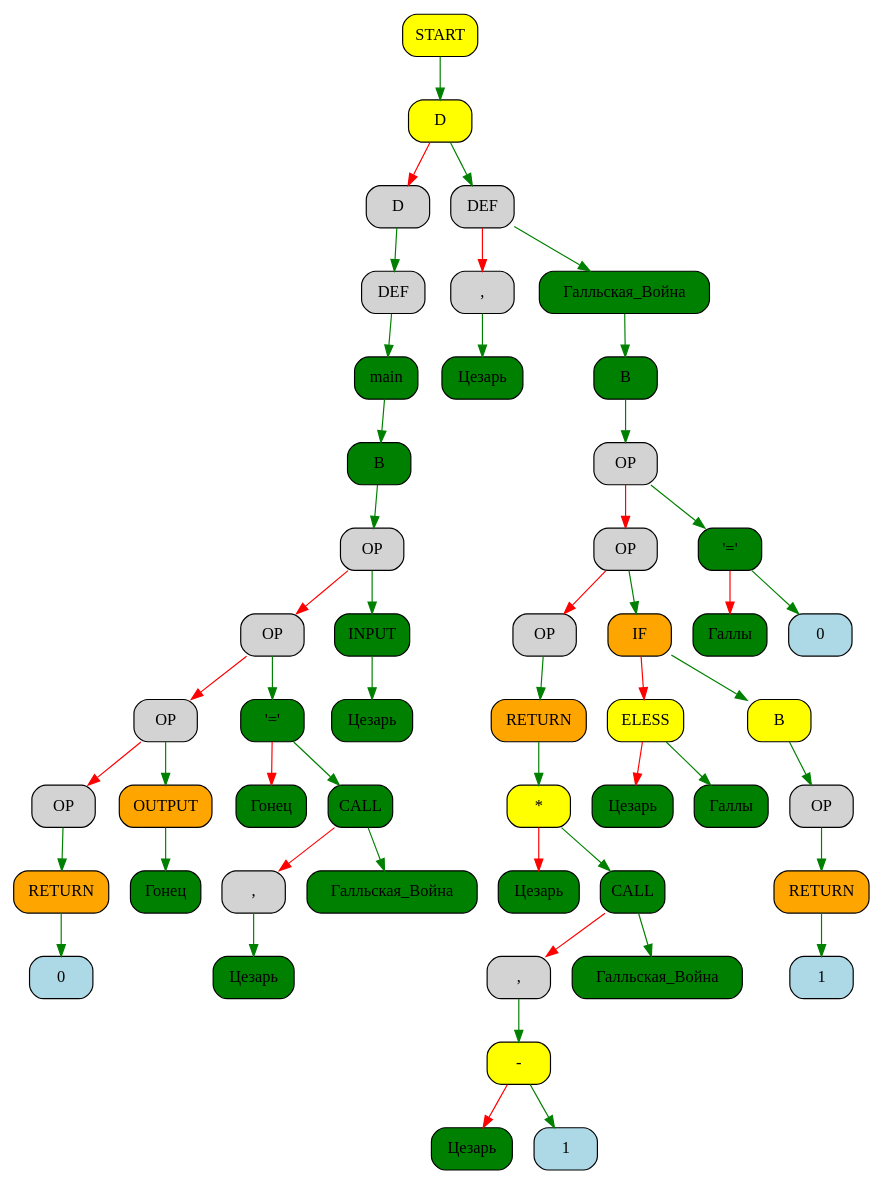
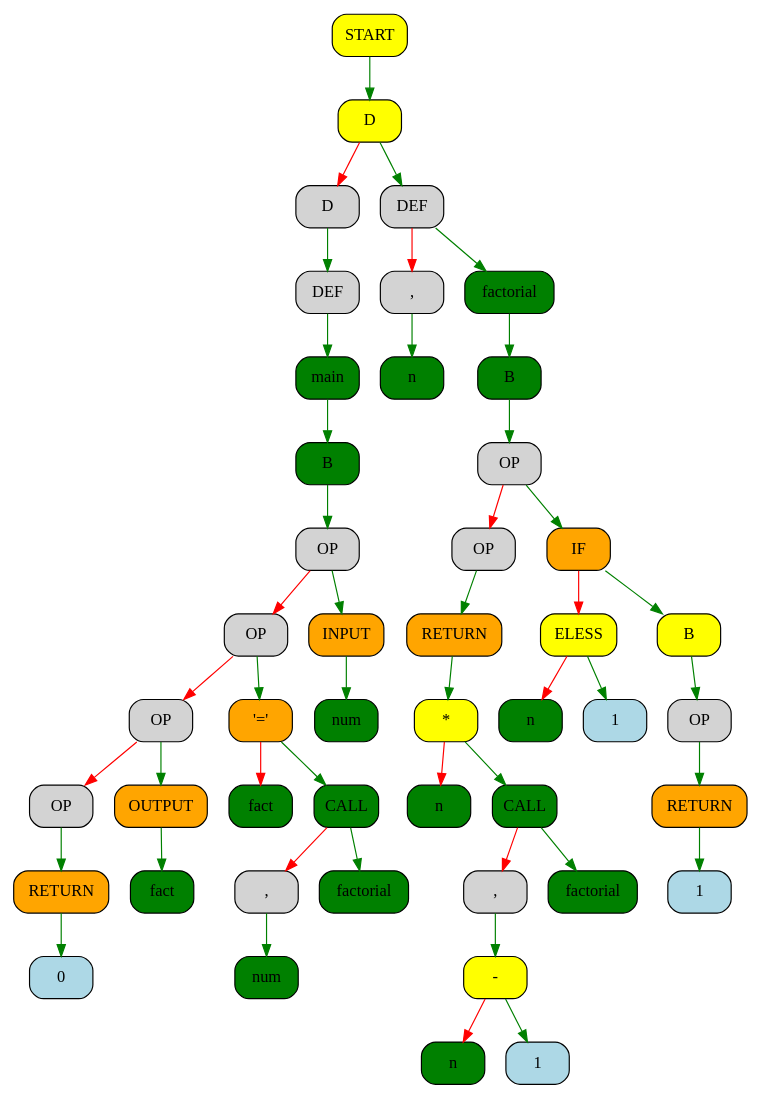
Before and after one commit to kostya2709/New_Roman: the diagram in equation_print.gv, drawn with Graphviz. The commit also changed 23 other files, not shown here.

```diff
--- a/equation_print.gv
+++ b/equation_print.gv
@@ -1,102 +1,94 @@
 digraph First{
 node [shape="Mrecord", style="filled", fillcolor="lightblue"];
-"boxb548dc90" [fillcolor="yellow",label="START"];
-"boxb548e4f0" [fillcolor="yellow",label="D"];
-"boxb548dc90" -> "boxb548e4f0"[color="green"];
-"boxb548ed50" [fillcolor="",label="D"];
-"boxb548e4f0" -> "boxb548ed50"[color="red"];
-"boxb548f5b0" [fillcolor="",label="DEF"];
-"boxb548ed50" -> "boxb548f5b0"[color="green"];
-"boxb548fe10" [fillcolor="green",label="main"];
-"boxb548f5b0" -> "boxb548fe10"[color="green"];
-"boxb5490260" [fillcolor="green",label="B"];
-"boxb548fe10" -> "boxb5490260"[color="green"];
-"boxb54906b0" [fillcolor="",label="OP"];
-"boxb5490260" -> "boxb54906b0"[color="green"];
-"boxb5490b00" [fillcolor="",label="OP"];
-"boxb54906b0" -> "boxb5490b00"[color="red"];
-"boxb5490f50" [fillcolor="",label="OP"];
-"boxb5490b00" -> "boxb5490f50"[color="red"];
-"boxb54913a0" [fillcolor="",label="OP"];
-"boxb5490f50" -> "boxb54913a0"[color="red"];
-"boxb54917f0" [fillcolor="orange",label="RETURN"];
-"boxb54913a0" -> "boxb54917f0"[color="green"];
-"boxb5491c40" [label="0"];
-"boxb54917f0" -> "boxb5491c40"[color="green"];
-"boxb54924a0" [fillcolor="orange",label="OUTPUT"];
-"boxb5490f50" -> "boxb54924a0"[color="green"];
-"boxb54928f0" [fillcolor="green",label="Гонец"];
-"boxb54924a0" -> "boxb54928f0"[color="green"];
-"boxb5493150" [fillcolor="green",label="'='"];
-"boxb5490b00" -> "boxb5493150"[color="green"];
-"boxb54935a0" [fillcolor="green",label="Гонец"];
-"boxb5493150" -> "boxb54935a0"[color="red"];
-"boxb5493e00" [fillcolor="green",label="CALL"];
-"boxb5493150" -> "boxb5493e00"[color="green"];
-"boxb5494250" [fillcolor="",label=","];
-"boxb5493e00" -> "boxb5494250"[color="red"];
-"boxb54946a0" [fillcolor="green",label="Цезарь"];
-"boxb5494250" -> "boxb54946a0"[color="green"];
-"boxb5494f00" [fillcolor="green",label="Галльская_Война"];
-"boxb5493e00" -> "boxb5494f00"[color="green"];
-"boxb5495350" [fillcolor="green",label="INPUT"];
-"boxb54906b0" -> "boxb5495350"[color="green"];
-"boxb54957a0" [fillcolor="green",label="Цезарь"];
-"boxb5495350" -> "boxb54957a0"[color="green"];
-"boxb5496000" [fillcolor="",label="DEF"];
-"boxb548e4f0" -> "boxb5496000"[color="green"];
-"boxb5496450" [fillcolor="",label=","];
-"boxb5496000" -> "boxb5496450"[color="red"];
-"boxb54968a0" [fillcolor="green",label="Цезарь"];
-"boxb5496450" -> "boxb54968a0"[color="green"];
-"boxb5497100" [fillcolor="green",label="Галльская_Война"];
-"boxb5496000" -> "boxb5497100"[color="green"];
-"boxb5497550" [fillcolor="green",label="B"];
-"boxb5497100" -> "boxb5497550"[color="green"];
-"boxb54979a0" [fillcolor="",label="OP"];
-"boxb5497550" -> "boxb54979a0"[color="green"];
-"boxb5497df0" [fillcolor="",label="OP"];
-"boxb54979a0" -> "boxb5497df0"[color="red"];
-"boxb5498240" [fillcolor="",label="OP"];
-"boxb5497df0" -> "boxb5498240"[color="red"];
-"boxb5498690" [fillcolor="orange",label="RETURN"];
-"boxb5498240" -> "boxb5498690"[color="green"];
-"boxb5498ae0" [fillcolor="yellow",label="*"];
-"boxb5498690" -> "boxb5498ae0"[color="green"];
-"boxb5498f30" [fillcolor="green",label="Цезарь"];
-"boxb5498ae0" -> "boxb5498f30"[color="red"];
-"boxb5499790" [fillcolor="green",label="CALL"];
-"boxb5498ae0" -> "boxb5499790"[color="green"];
-"boxb5499be0" [fillcolor="",label=","];
-"boxb5499790" -> "boxb5499be0"[color="red"];
-"boxb549a030" [fillcolor="yellow",label="-"];
-"boxb5499be0" -> "boxb549a030"[color="green"];
-"boxb549a480" [fillcolor="green",label="Цезарь"];
-"boxb549a030" -> "boxb549a480"[color="red"];
-"boxb549ace0" [label="1"];
-"boxb549a030" -> "boxb549ace0"[color="green"];
-"boxb549b540" [fillcolor="green",label="Галльская_Война"];
-"boxb5499790" -> "boxb549b540"[color="green"];
-"boxb549b990" [fillcolor="orange",label="IF"];
-"boxb5497df0" -> "boxb549b990"[color="green"];
-"boxb549bde0" [fillcolor="yellow",label="ELESS"];
-"boxb549b990" -> "boxb549bde0"[color="red"];
-"boxb549c230" [fillcolor="green",label="Цезарь"];
-"boxb549bde0" -> "boxb549c230"[color="red"];
-"boxb549ca90" [fillcolor="green",label="Галлы"];
-"boxb549bde0" -> "boxb549ca90"[color="green"];
-"boxb549d2f0" [fillcolor="yellow",label="B"];
-"boxb549b990" -> "boxb549d2f0"[color="green"];
-"boxb549d740" [fillcolor="",label="OP"];
-"boxb549d2f0" -> "boxb549d740"[color="green"];
-"boxb549db90" [fillcolor="orange",label="RETURN"];
-"boxb549d740" -> "boxb549db90"[color="green"];
-"boxb549dfe0" [label="1"];
-"boxb549db90" -> "boxb549dfe0"[color="green"];
-"boxb549e840" [fillcolor="green",label="'='"];
-"boxb54979a0" -> "boxb549e840"[color="green"];
-"boxb549ec90" [fillcolor="green",label="Галлы"];
-"boxb549e840" -> "boxb549ec90"[color="red"];
-"boxb549f4f0" [label="0"];
-"boxb549e840" -> "boxb549f4f0"[color="green"];
+"box1c5c2550" [fillcolor="yellow",label="START"];
+"box1c5c35d0" [fillcolor="yellow",label="D"];
+"box1c5c2550" -> "box1c5c35d0"[color="green"];
+"box1c5c4240" [fillcolor="",label="D"];
+"box1c5c35d0" -> "box1c5c4240"[color="red"];
+"box1c5c4aa0" [fillcolor="",label="DEF"];
+"box1c5c4240" -> "box1c5c4aa0"[color="green"];
+"box1c5c5300" [fillcolor="green",label="main"];
+"box1c5c4aa0" -> "box1c5c5300"[color="green"];
+"box1c5c5b60" [fillcolor="green",label="B"];
+"box1c5c5300" -> "box1c5c5b60"[color="green"];
+"box1c5c63c0" [fillcolor="",label="OP"];
+"box1c5c5b60" -> "box1c5c63c0"[color="green"];
+"box1c5c6810" [fillcolor="",label="OP"];
+"box1c5c63c0" -> "box1c5c6810"[color="red"];
+"box1c5c6c60" [fillcolor="",label="OP"];
+"box1c5c6810" -> "box1c5c6c60"[color="red"];
+"box1c5c70b0" [fillcolor="",label="OP"];
+"box1c5c6c60" -> "box1c5c70b0"[color="red"];
+"box1c5c7910" [fillcolor="orange",label="RETURN"];
+"box1c5c70b0" -> "box1c5c7910"[color="green"];
+"box1c5c8170" [label="0"];
+"box1c5c7910" -> "box1c5c8170"[color="green"];
+"box1c5c9600" [fillcolor="orange",label="OUTPUT"];
+"box1c5c6c60" -> "box1c5c9600"[color="green"];
+"box1c5c9e60" [fillcolor="green",label="fact"];
+"box1c5c9600" -> "box1c5c9e60"[color="green"];
+"box1c5cb2f0" [fillcolor="orange",label="'='"];
+"box1c5c6810" -> "box1c5cb2f0"[color="green"];
+"box1c5cb740" [fillcolor="green",label="fact"];
+"box1c5cb2f0" -> "box1c5cb740"[color="red"];
+"box1c5ccbd0" [fillcolor="green",label="CALL"];
+"box1c5cb2f0" -> "box1c5ccbd0"[color="green"];
+"box1c5cd020" [fillcolor="",label=","];
+"box1c5ccbd0" -> "box1c5cd020"[color="red"];
+"box1c5cd880" [fillcolor="green",label="num"];
+"box1c5cd020" -> "box1c5cd880"[color="green"];
+"box1c5ced10" [fillcolor="green",label="factorial"];
+"box1c5ccbd0" -> "box1c5ced10"[color="green"];
+"box1c5cf980" [fillcolor="orange",label="INPUT"];
+"box1c5c63c0" -> "box1c5cf980"[color="green"];
+"box1c5d01e0" [fillcolor="green",label="num"];
+"box1c5cf980" -> "box1c5d01e0"[color="green"];
+"box1c5d1670" [fillcolor="",label="DEF"];
+"box1c5c35d0" -> "box1c5d1670"[color="green"];
+"box1c5d1ac0" [fillcolor="",label=","];
+"box1c5d1670" -> "box1c5d1ac0"[color="red"];
+"box1c5d2320" [fillcolor="green",label="n"];
+"box1c5d1ac0" -> "box1c5d2320"[color="green"];
+"box1c5d37b0" [fillcolor="green",label="factorial"];
+"box1c5d1670" -> "box1c5d37b0"[color="green"];
+"box1c5d4010" [fillcolor="green",label="B"];
+"box1c5d37b0" -> "box1c5d4010"[color="green"];
+"box1c5d4870" [fillcolor="",label="OP"];
+"box1c5d4010" -> "box1c5d4870"[color="green"];
+"box1c5d4cc0" [fillcolor="",label="OP"];
+"box1c5d4870" -> "box1c5d4cc0"[color="red"];
+"box1c5d5520" [fillcolor="orange",label="RETURN"];
+"box1c5d4cc0" -> "box1c5d5520"[color="green"];
+"box1c5d5d80" [fillcolor="yellow",label="*"];
+"box1c5d5520" -> "box1c5d5d80"[color="green"];
+"box1c5d61d0" [fillcolor="green",label="n"];
+"box1c5d5d80" -> "box1c5d61d0"[color="red"];
+"box1c5d7660" [fillcolor="green",label="CALL"];
+"box1c5d5d80" -> "box1c5d7660"[color="green"];
+"box1c5d7ab0" [fillcolor="",label=","];
+"box1c5d7660" -> "box1c5d7ab0"[color="red"];
+"box1c5d8310" [fillcolor="yellow",label="-"];
+"box1c5d7ab0" -> "box1c5d8310"[color="green"];
+"box1c5d8760" [fillcolor="green",label="n"];
+"box1c5d8310" -> "box1c5d8760"[color="red"];
+"box1c5d9bf0" [label="1"];
+"box1c5d8310" -> "box1c5d9bf0"[color="green"];
+"box1c5db080" [fillcolor="green",label="factorial"];
+"box1c5d7660" -> "box1c5db080"[color="green"];
+"box1c5dbcf0" [fillcolor="orange",label="IF"];
+"box1c5d4870" -> "box1c5dbcf0"[color="green"];
+"box1c5dc140" [fillcolor="yellow",label="ELESS"];
+"box1c5dbcf0" -> "box1c5dc140"[color="red"];
+"box1c5dc590" [fillcolor="green",label="n"];
+"box1c5dc140" -> "box1c5dc590"[color="red"];
+"box1c5dda20" [label="1"];
+"box1c5dc140" -> "box1c5dda20"[color="green"];
+"box1c5deeb0" [fillcolor="yellow",label="B"];
+"box1c5dbcf0" -> "box1c5deeb0"[color="green"];
+"box1c5df710" [fillcolor="",label="OP"];
+"box1c5deeb0" -> "box1c5df710"[color="green"];
+"box1c5dff70" [fillcolor="orange",label="RETURN"];
+"box1c5df710" -> "box1c5dff70"[color="green"];
+"box1c5e07d0" [label="1"];
+"box1c5dff70" -> "box1c5e07d0"[color="green"];
 }
```
